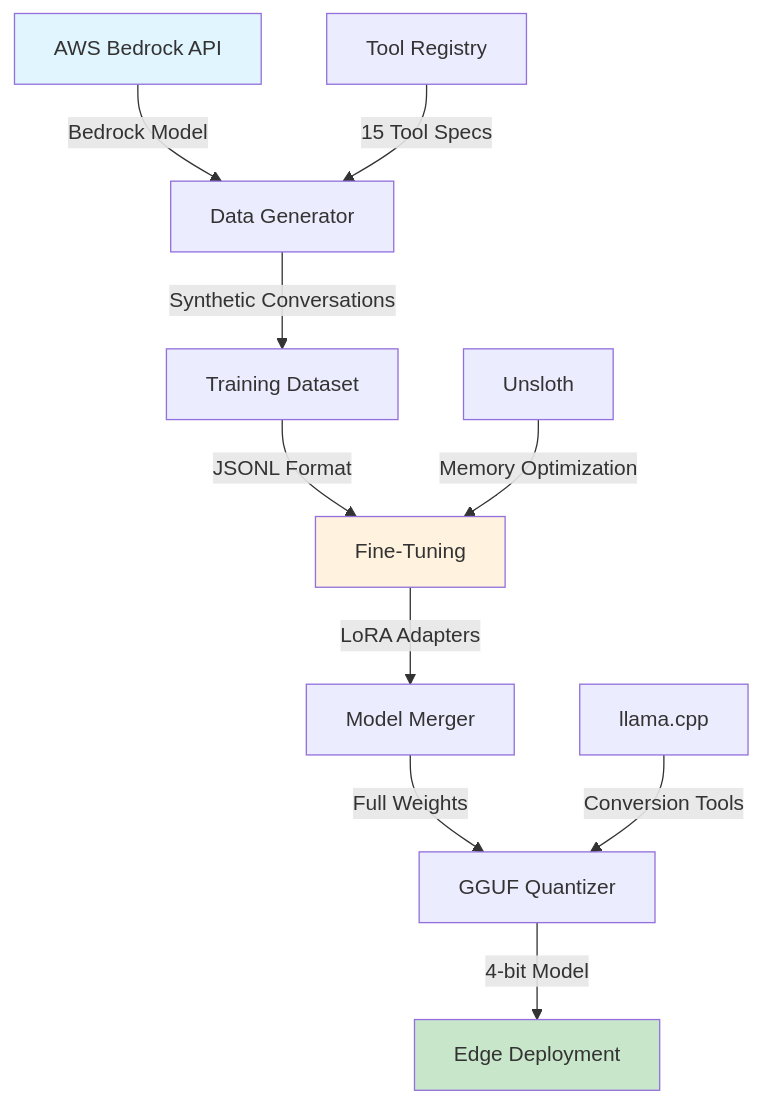
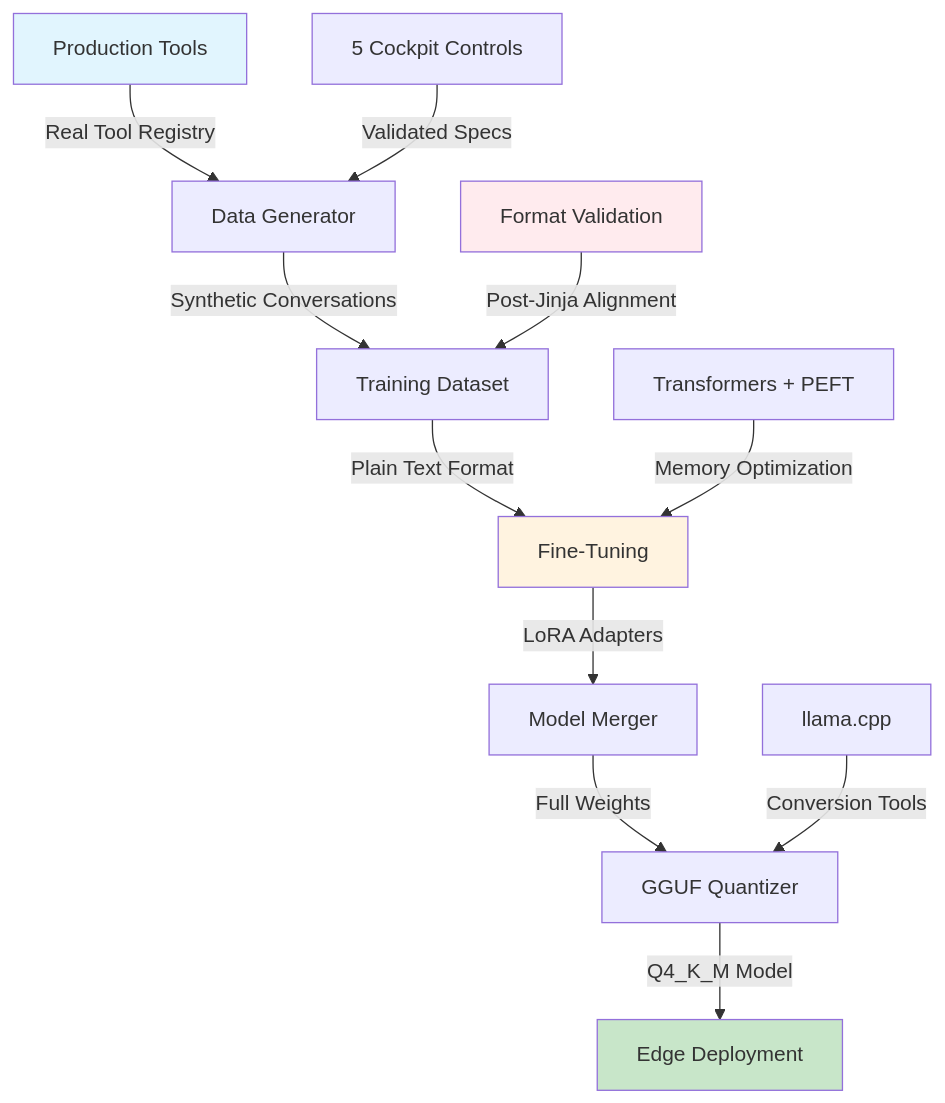
One commit to PatrickPalmer/samples-dev changed the diagram in 02-samples/14-agentic-ai-at-the-edge/docs/data-science-pipeline.md. Above: the diagram before and after it, drawn with Mermaid. The commit also changed other lines of this file and 7 other files, not shown here.

````diff
--- a/02-samples/14-agentic-ai-at-the-edge/docs/data-science-pipeline.md
+++ b/02-samples/14-agentic-ai-at-the-edge/docs/data-science-pipeline.md
@@ -9,17 +9,19 @@
 ```mermaid
 flowchart TD
-    A[AWS Bedrock API] -->|Bedrock Model| B[Data Generator]
+    A[Production Tools] -->|Real Tool Registry| B[Data Generator]
     B -->|Synthetic Conversations| C[Training Dataset]
-    C -->|JSONL Format| D[Fine-Tuning]
+    C -->|Plain Text Format| D[Fine-Tuning]
     D -->|LoRA Adapters| E[Model Merger]
     E -->|Full Weights| F[GGUF Quantizer]
-    F -->|4-bit Model| G[Edge Deployment]
+    F -->|Q4_K_M Model| G[Edge Deployment]
     
-    H[Tool Registry] -->|15 Tool Specs| B
-    I[Unsloth] -->|Memory Optimization| D
+    H[5 Cockpit Controls] -->|Validated Specs| B
+    I[Transformers + PEFT] -->|Memory Optimization| D
     J[llama.cpp] -->|Conversion Tools| F
+    K[Format Validation] -->|Post-Jinja Alignment| C
     
     style A fill:#e1f5fe
     style G fill:#c8e6c9
     style D fill:#fff3e0
+    style K fill:#ffebee
 ```
````
